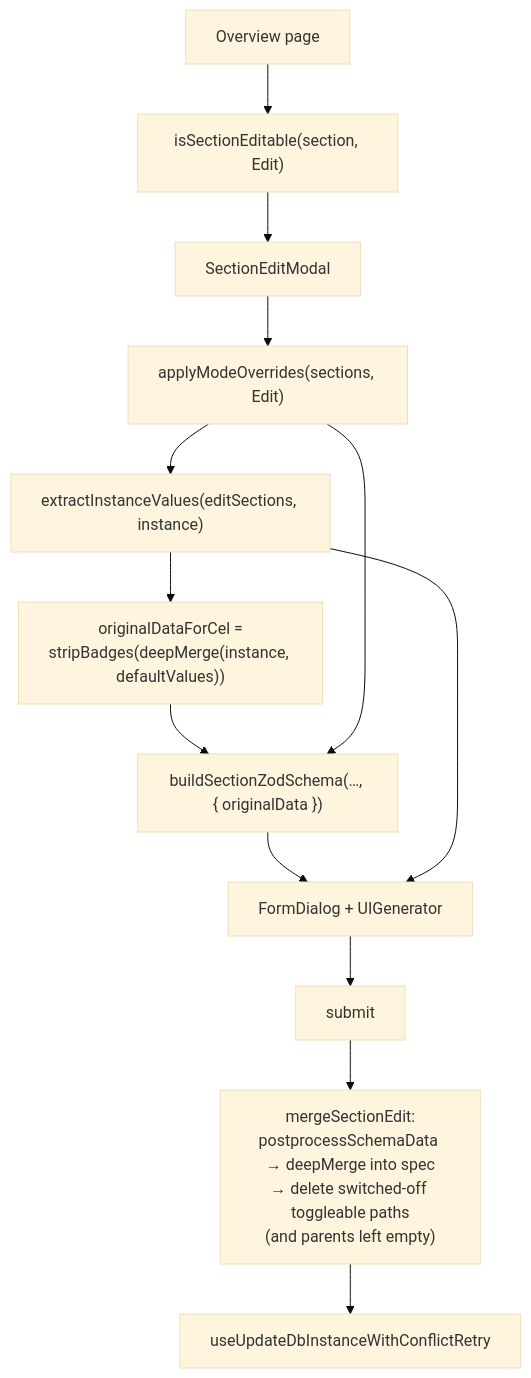
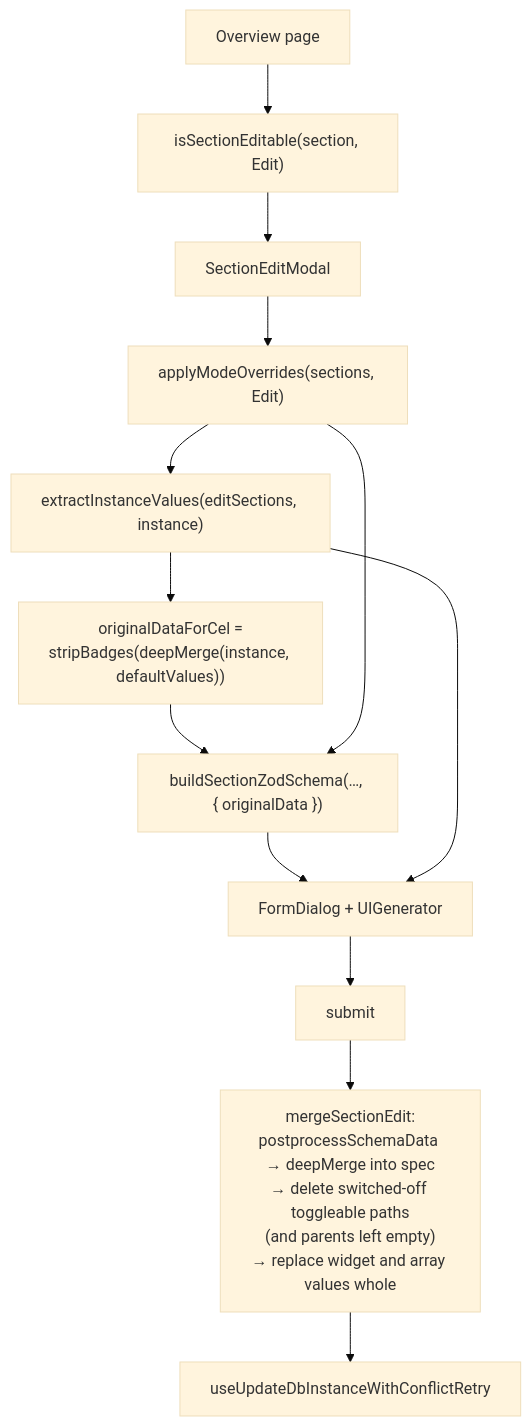
The third of 3 diagrams in docs/ui/architecture/ui-generator/pipeline.md (openeverest/openeverest), drawn with Mermaid (base theme) before and after one commit. The commit also changed other lines of this file and 28 other files, not shown here.

````diff
--- a/docs/ui/architecture/ui-generator/pipeline.md
+++ b/docs/ui/architecture/ui-generator/pipeline.md
@@ -205,15 +219,15 @@
 ```mermaid
 flowchart TD
   OVERVIEW["Overview page"] --> EDITABLE["isSectionEditable(section, Edit)"]
   EDITABLE --> MODAL["SectionEditModal"]
   MODAL --> MODE["applyModeOverrides(sections, Edit)"]
   MODE --> VALUES["extractInstanceValues(editSections, instance)"]
   VALUES --> ORIGINAL["originalDataForCel =<br/>stripBadges(deepMerge(instance, defaultValues))"]
   ORIGINAL --> ZOD_EDIT["buildSectionZodSchema(…, { originalData })"]
   MODE --> ZOD_EDIT
   ZOD_EDIT --> FORM["FormDialog + UIGenerator"]
   VALUES --> FORM
   FORM --> SUBMIT["submit"]
-  SUBMIT --> MERGE["mergeSectionEdit:<br/>postprocessSchemaData → deepMerge into spec<br/>→ delete switched-off toggleable paths<br/>(and parents left empty)"]
+  SUBMIT --> MERGE["mergeSectionEdit:<br/>postprocessSchemaData → deepMerge into spec<br/>→ delete switched-off toggleable paths<br/>(and parents left empty)<br/>→ replace widget and array values whole"]
   MERGE --> UPDATE["useUpdateDbInstanceWithConflictRetry"]
 ```
````
